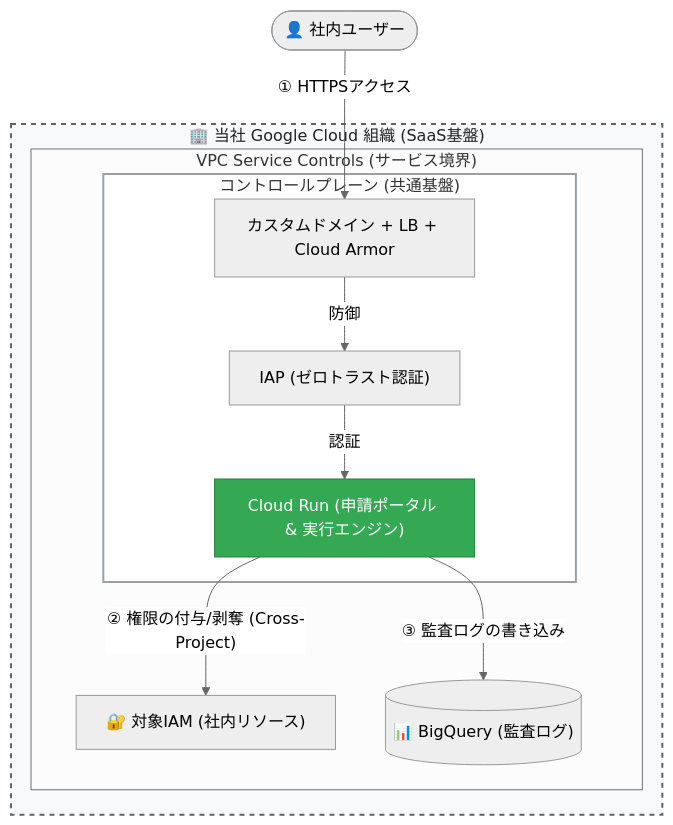
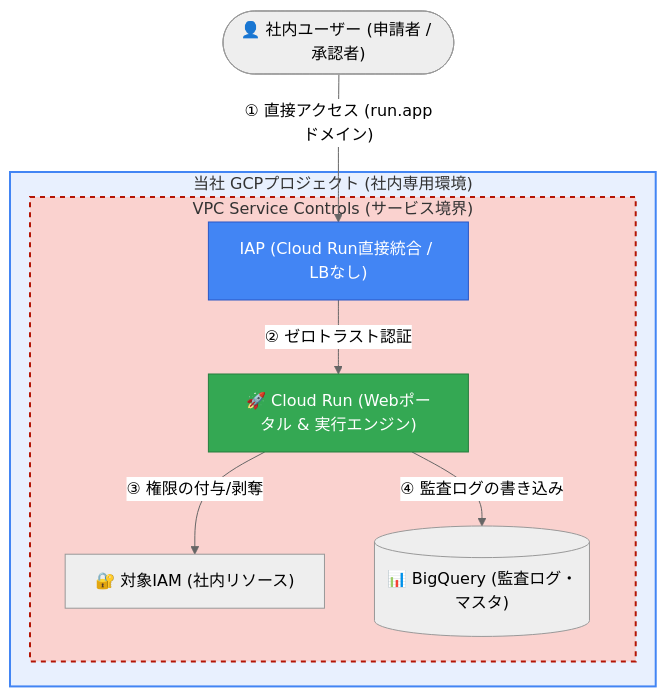
One commit to ea-Mitsuoka/cloud-access-manager changed the second of 4 diagrams in docs/roadmap/architecture-comparison.md. Above: the diagram before and after it, drawn with Mermaid (neutral theme). The commit also changed other lines of this file, not shown here.

````diff
--- a/docs/roadmap/architecture-comparison.md
+++ b/docs/roadmap/architecture-comparison.md
@@ -53,30 +53,24 @@
 ```mermaid
 graph TD
-    subgraph OurOrg ["🏢 当社 Google Cloud 組織 (SaaS基盤)"]
+    User(["👤 社内ユーザー (申請者 / 承認者)"])
+
+    subgraph Internal ["当社 GCPプロジェクト (社内専用環境)"]
         subgraph VPCSC ["VPC Service Controls (サービス境界)"]
-            subgraph Vendor ["コントロールプレーン (共通基盤)"]
-                Edge["カスタムドメイン + LB + Cloud Armor"]
-                IAP["IAP (ゼロトラスト認証)"]
-                CR["Cloud Run (申請ポータル & 実行エンジン)"]
+            IAP["IAP (Cloud Run直接統合 / LBなし)"]
+            CR["🚀 Cloud Run (Webポータル & 実行エンジン)"]
+            IAM["🔐 対象IAM (社内リソース)"]
+            BQ[("📊 BigQuery (監査ログ・マスタ)")]
 
-                Edge -->|"防御"| IAP
-                IAP -->|"認証"| CR
-            end
-
-            IAMA["🔐 対象IAM (社内リソース)"]
-
-            BQA[("📊 BigQuery (監査ログ)")]
-
-            CR -->|"③ 監査ログの書き込み"| BQA
+            IAP -->|"② ゼロトラスト認証"| CR
+            CR -->|"③ 権限の付与/剥奪"| IAM
+            CR -->|"④ 監査ログの書き込み"| BQ
         end
     end
 
+    User -->|"① 直接アクセス (run.appドメイン)"| IAP
 
-    User(["👤 社内ユーザー"]) -->|"① HTTPSアクセス"| Edge
-    CR -->|"② 権限の付与/剥奪 (Cross-Project)"| IAMA
-
-    %% スタイル定義
-    style OurOrg fill:#f8f9fa,stroke:#5f6368,stroke-width:2px,stroke-dasharray: 5 5,color:#202124
-    style Vendor fill:#ffffff,stroke:#9AA0A6,stroke-width:2px
+    style Internal fill:#E8F0FE,stroke:#4285F4,stroke-width:2px
+    style VPCSC fill:#FAD2CF,stroke:#B31404,stroke-width:2px,stroke-dasharray: 5 5
+    style IAP fill:#4285F4,color:#fff,stroke:#2a56c4
     style CR fill:#34A853,color:#fff,stroke:#267d3f
 ```
````
